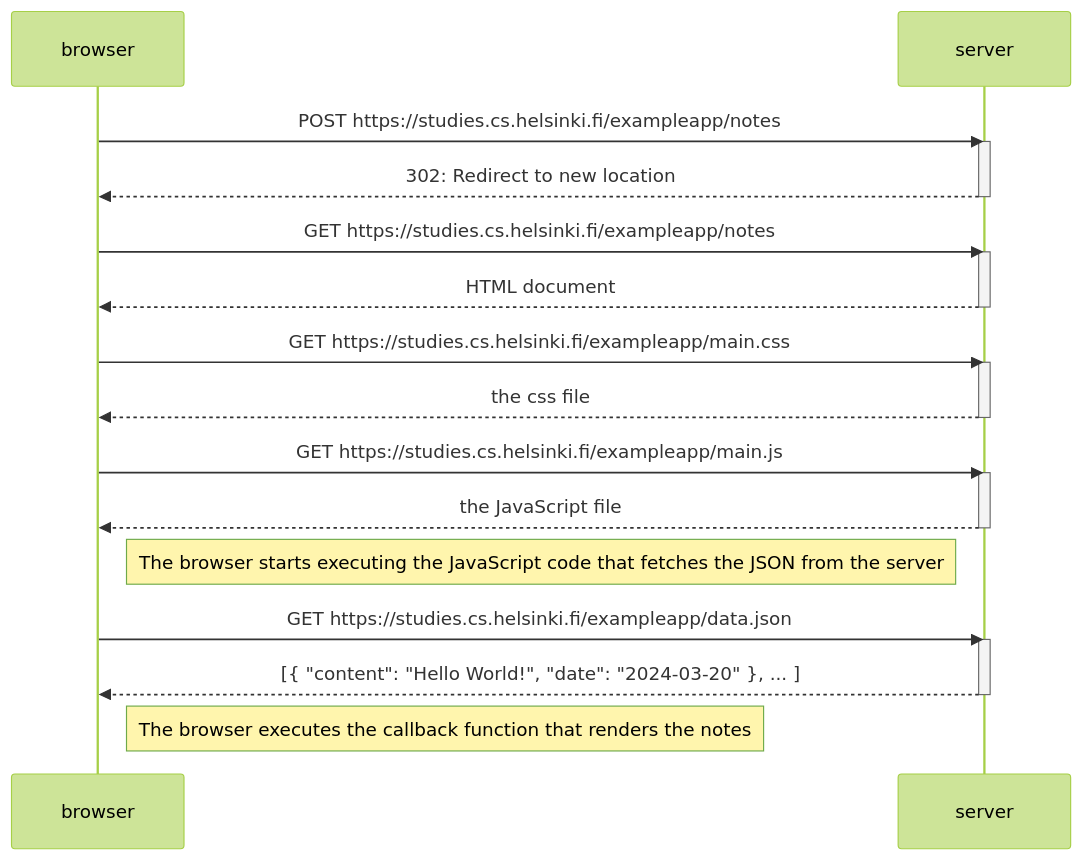
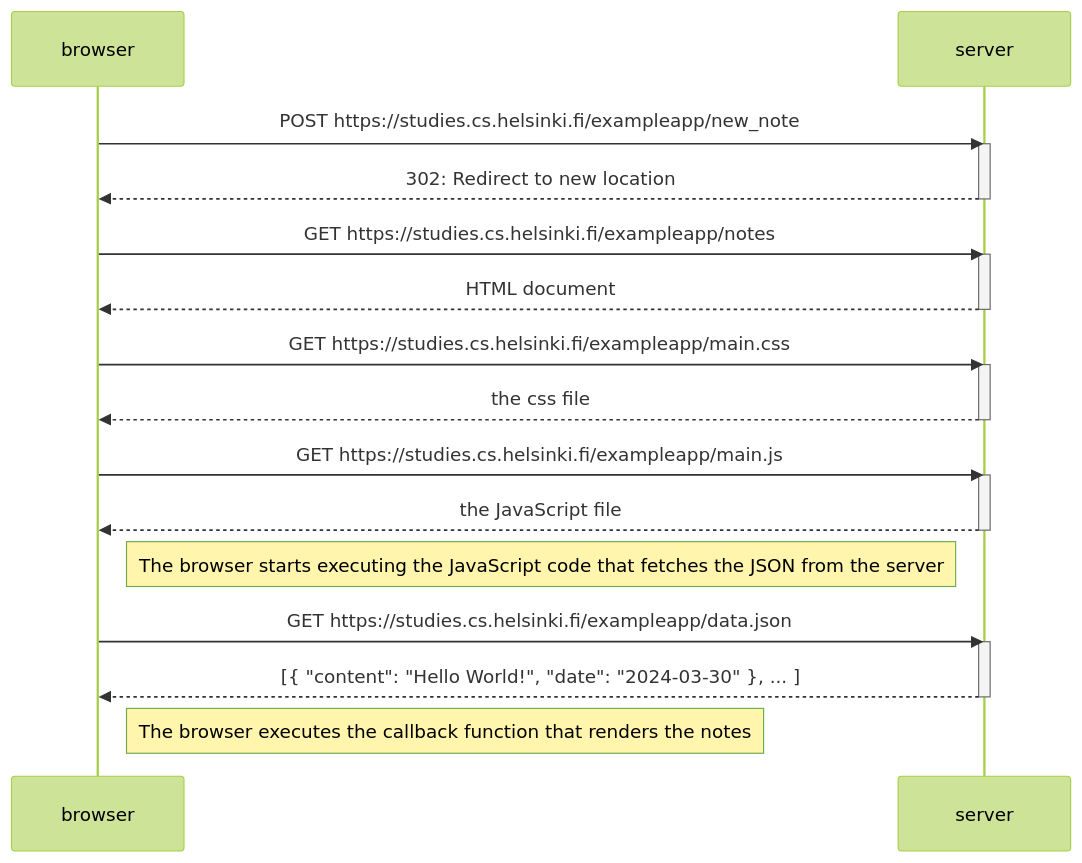
The diagram in part0/New note diagram/diagram.mmd (adnanprojects/fullstackopen), drawn with Mermaid (forest theme) before and after one commit. The commit also changed 1 other file, not shown here.

Commit message:
update diagram

```diff
--- a/part0/New note diagram/diagram.mmd
+++ b/part0/New note diagram/diagram.mmd
@@ -1,33 +1,33 @@
 
 sequenceDiagram
     participant browser
     participant server
 
-    browser->>server: POST https://studies.cs.helsinki.fi/exampleapp/notes
+    browser->>server: POST https://studies.cs.helsinki.fi/exampleapp/new_note
     activate server
     server-->>browser: 302: Redirect to new location
     deactivate server
 
     browser->>server: GET https://studies.cs.helsinki.fi/exampleapp/notes
     activate server
     server-->>browser: HTML document
     deactivate server
 
     browser->>server: GET https://studies.cs.helsinki.fi/exampleapp/main.css
     activate server
     server-->>browser: the css file
     deactivate server
 
     browser->>server: GET https://studies.cs.helsinki.fi/exampleapp/main.js
     activate server
     server-->>browser: the JavaScript file
     deactivate server
 
     Note right of browser: The browser starts executing the JavaScript code that fetches the JSON from the server
 
     browser->>server: GET https://studies.cs.helsinki.fi/exampleapp/data.json
     activate server
-    server-->>browser: [{ "content": "Hello World!", "date": "2024-03-20" }, ... ]
+    server-->>browser: [{ "content": "Hello World!", "date": "2024-03-30" }, ... ]
     deactivate server
 
     Note right of browser: The browser executes the callback function that renders the notes
```
